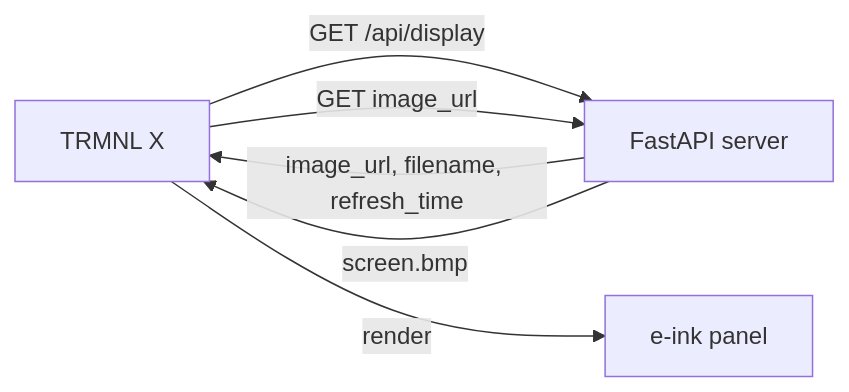
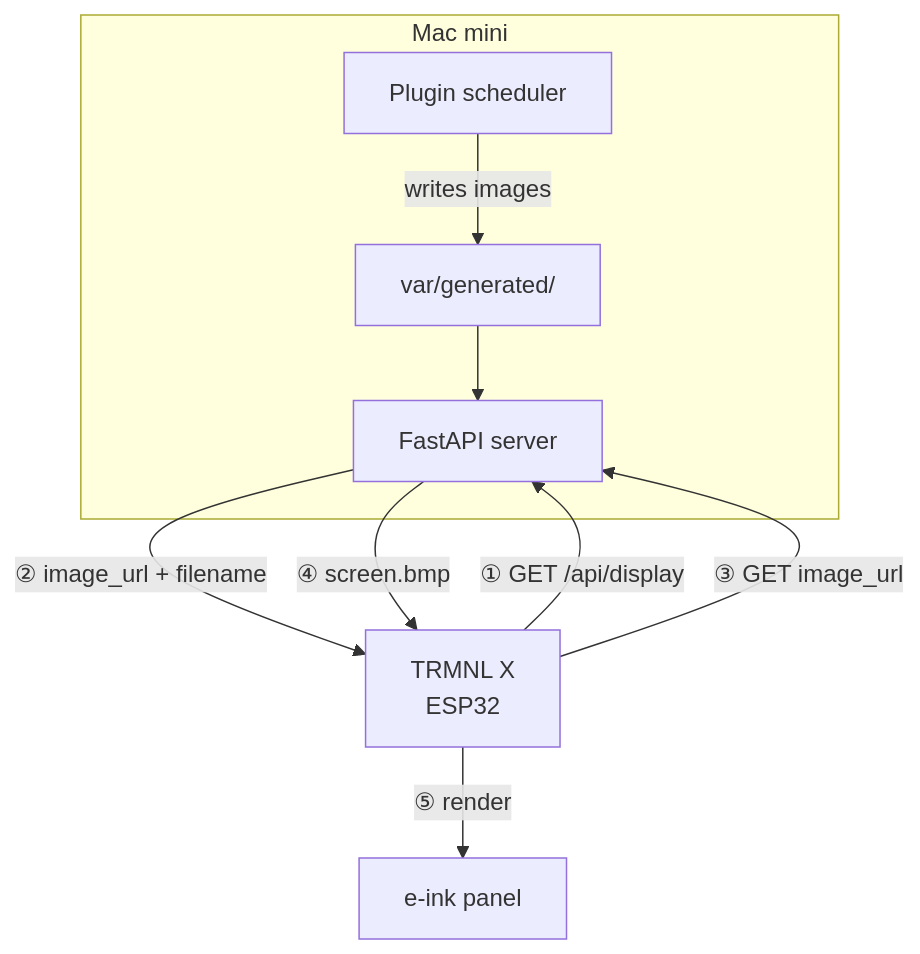
Before and after one commit to dcwfz9/derek-engineer: the diagram in content/posts/trmnl-x-byos-server-setup.md, drawn with Mermaid. The commit also changed 1 other file, not shown here.

Commit message:
Mermaid: MutationObserver for theme toggle, cleaner TD diagram

````diff
--- a/content/posts/trmnl-x-byos-server-setup.md
+++ b/content/posts/trmnl-x-byos-server-setup.md
@@ -15,8 +15,14 @@
 ```mermaid
-flowchart LR
-    F[TRMNL X] -->|GET /api/display| S[FastAPI server]
-    S -->|image_url, filename, refresh_time| F
-    F -->|GET image_url| S
-    S -->|screen.bmp| F
-    F -->|render| E[e-ink panel]
+flowchart TD
+    subgraph mac["Mac mini"]
+        S["FastAPI server"]
+        P["Plugin scheduler"] -->|writes images| G["var/generated/"]
+        G --> S
+    end
+
+    F["TRMNL X\nESP32"] -->|"① GET /api/display"| S
+    S -->|"② image_url + filename"| F
+    F -->|"③ GET image_url"| S
+    S -->|"④ screen.bmp"| F
+    F -->|"⑤ render"| E["e-ink panel"]
 ```
````
